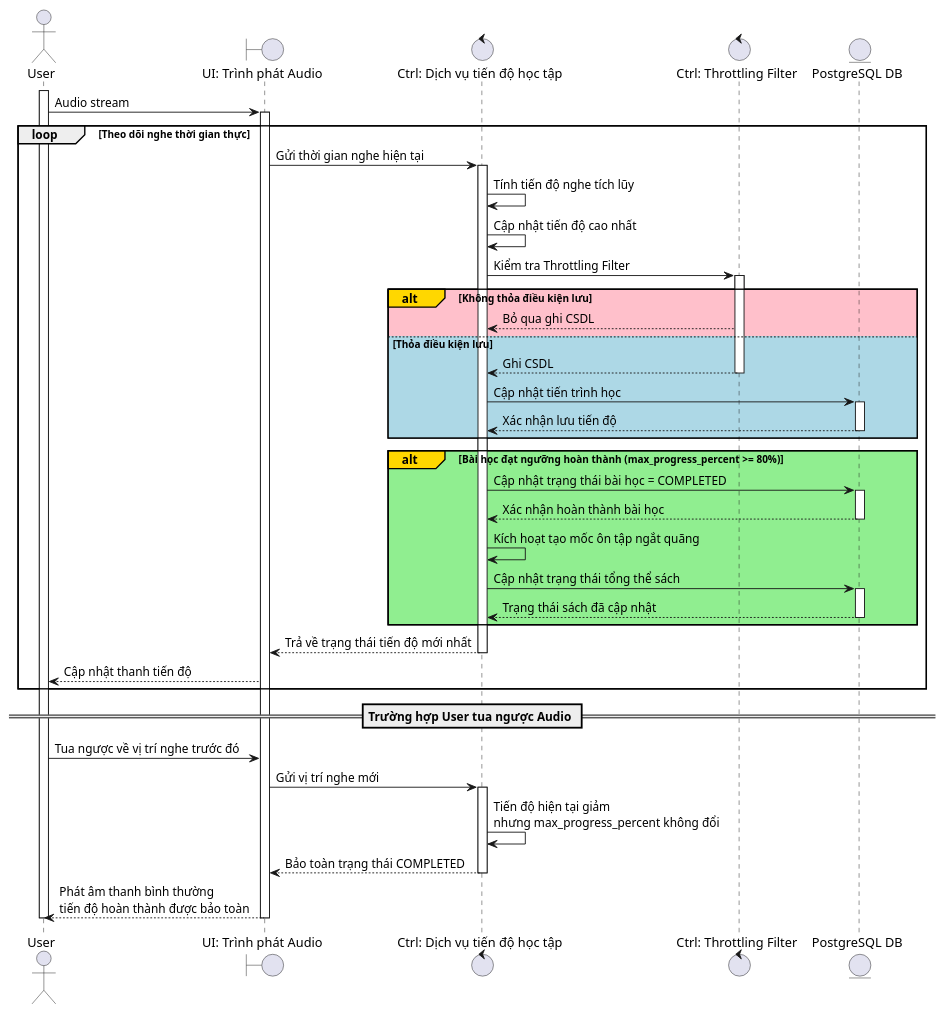
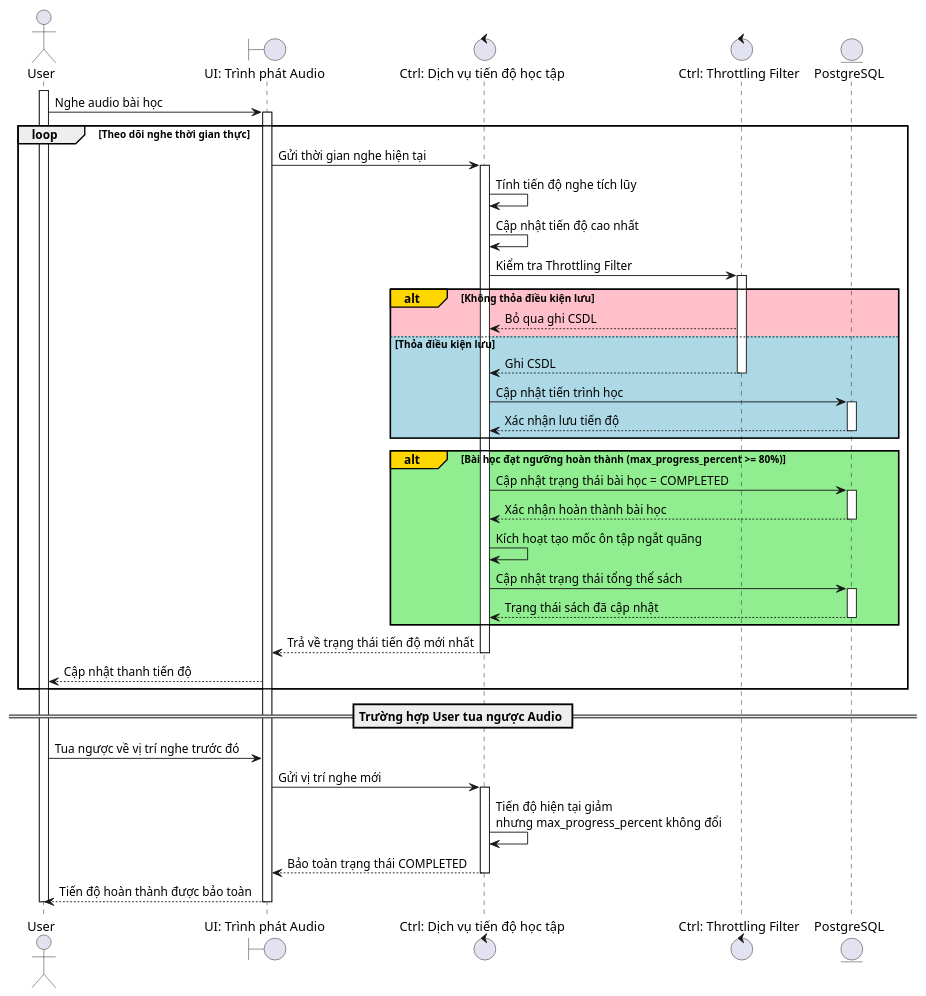
Before and after one commit to KhoaSinno/triam-backend: the diagram in _docs_capstone/_dia/Sequence/UC003_TrackAudioProgress.puml, drawn with PlantUML. The commit also changed 3 other files, not shown here.

```diff
--- a/_docs_capstone/_dia/Sequence/UC003_TrackAudioProgress.puml
+++ b/_docs_capstone/_dia/Sequence/UC003_TrackAudioProgress.puml
@@ -1,65 +1,65 @@
 @startuml SequenceTrackAudioProgress
 
 actor "User" as user
 boundary "UI: Trình phát Audio" as ui_player
 control "Ctrl: Dịch vụ tiến độ học tập" as ctrl_progress
 control "Ctrl: Throttling Filter" as ctrl_throttle
-entity "PostgreSQL DB" as db
+entity "PostgreSQL" as db
 
 activate user
-user -> ui_player: Audio stream
+user -> ui_player: Nghe audio bài học
 activate ui_player
 
 loop Theo dõi nghe thời gian thực
     ui_player -> ctrl_progress: Gửi thời gian nghe hiện tại
     activate ctrl_progress
 
     ctrl_progress -> ctrl_progress: Tính tiến độ nghe tích lũy
     ctrl_progress -> ctrl_progress: Cập nhật tiến độ cao nhất
 
     ctrl_progress -> ctrl_throttle: Kiểm tra Throttling Filter
     activate ctrl_throttle
 
     alt#Gold #Pink Không thỏa điều kiện lưu
         ctrl_throttle --> ctrl_progress: Bỏ qua ghi CSDL
     else #LightBlue Thỏa điều kiện lưu
         ctrl_throttle --> ctrl_progress: Ghi CSDL
         deactivate ctrl_throttle
 
         ctrl_progress -> db: Cập nhật tiến trình học
         activate db
         db --> ctrl_progress: Xác nhận lưu tiến độ
         deactivate db
     end
 
     alt#Gold #LightGreen Bài học đạt ngưỡng hoàn thành (max_progress_percent >= 80%)
         ctrl_progress -> db: Cập nhật trạng thái bài học = COMPLETED
         activate db
         db --> ctrl_progress: Xác nhận hoàn thành bài học
         deactivate db
 
         ctrl_progress -> ctrl_progress: Kích hoạt tạo mốc ôn tập ngắt quãng
         ctrl_progress -> db: Cập nhật trạng thái tổng thể sách
         activate db
         db --> ctrl_progress: Trạng thái sách đã cập nhật
         deactivate db
     end
 
     ctrl_progress --> ui_player: Trả về trạng thái tiến độ mới nhất
     deactivate ctrl_progress
     ui_player --> user: Cập nhật thanh tiến độ
 end
 
 == Trường hợp User tua ngược Audio ==
 user -> ui_player: Tua ngược về vị trí nghe trước đó
 ui_player -> ctrl_progress: Gửi vị trí nghe mới
 activate ctrl_progress
 ctrl_progress -> ctrl_progress: Tiến độ hiện tại giảm\nnhưng max_progress_percent không đổi
 ctrl_progress --> ui_player: Bảo toàn trạng thái COMPLETED
 deactivate ctrl_progress
-ui_player --> user: Phát âm thanh bình thường\ntiến độ hoàn thành được bảo toàn
+ui_player --> user: Tiến độ hoàn thành được bảo toàn
 
 deactivate ui_player
 deactivate user
 
 @enduml
```
